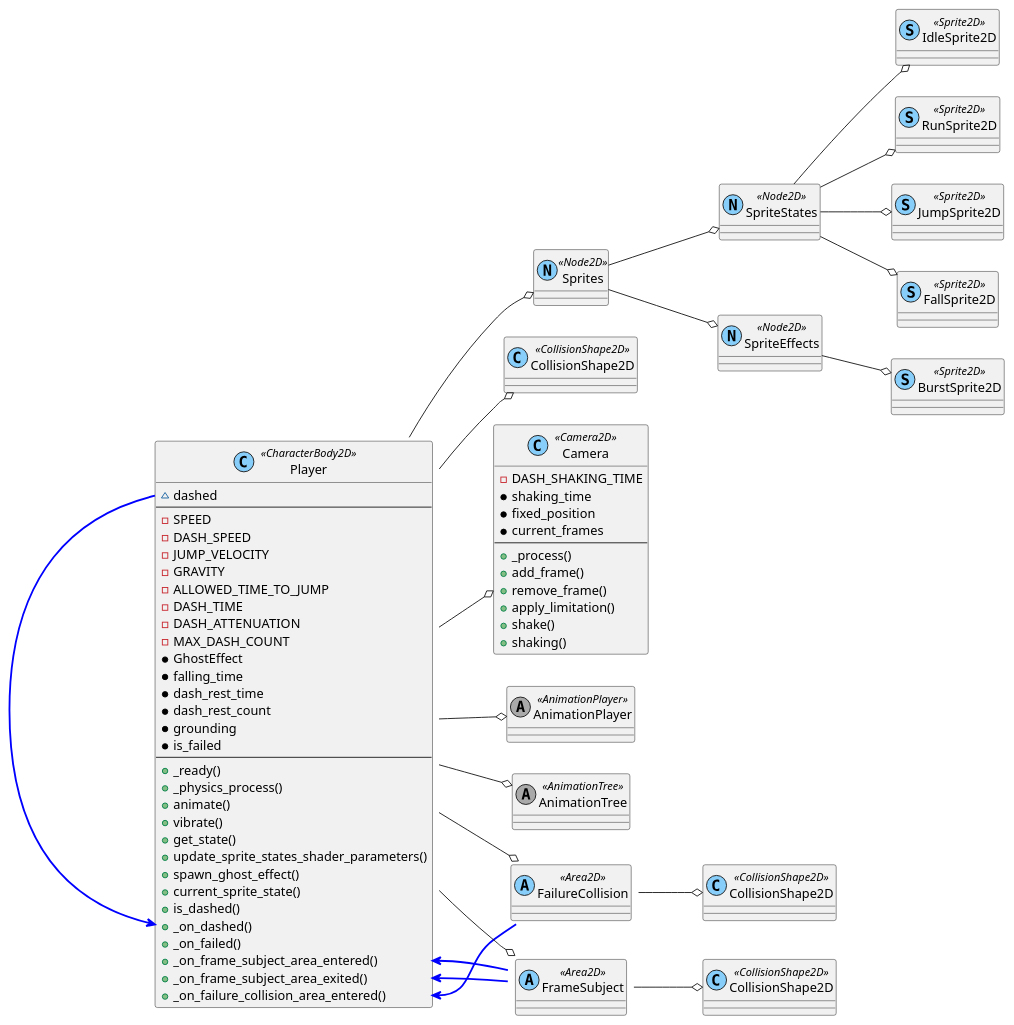
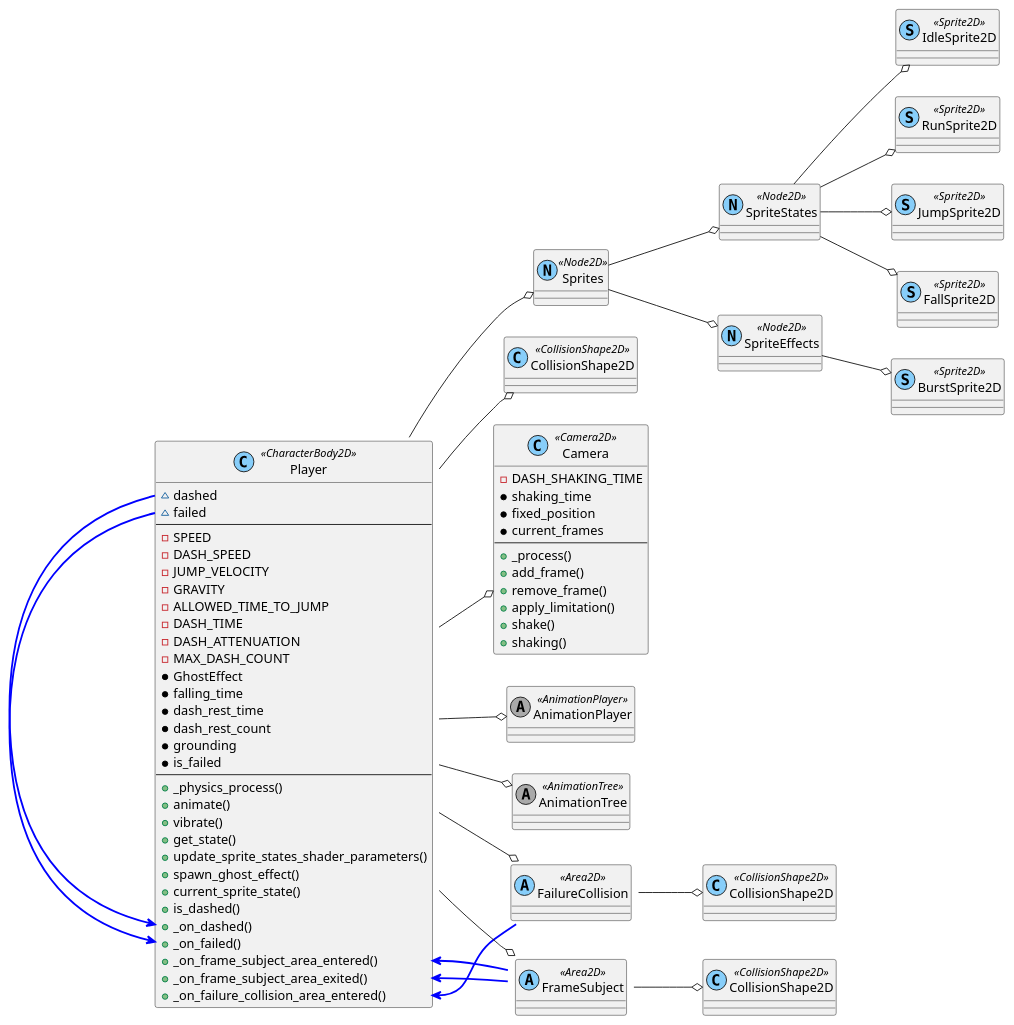
The diagram in content/scenes/src/player/player.tscn.adoc (tkmfujise/Platformer-Game-Learning), drawn with PlantUML before and after one commit. The commit also changed other lines of this file and 132 other files, not shown here.

```diff
--- a/content/scenes/src/player/player.tscn.adoc
+++ b/content/scenes/src/player/player.tscn.adoc
@@ -10,6 +10,7 @@
 ....
 class ROOT as "Player" <<(C,lightskyblue) CharacterBody2D>> {
   ~ dashed
+  ~ failed
 ---
   - SPEED
   - DASH_SPEED
@@ -26,7 +27,6 @@
   * grounding
   * is_failed
 ---
-  + _ready()
   + _physics_process()
   + animate()
   + vibrate()
@@ -102,6 +102,7 @@
 FrameSubject --o FrameSubject_CollisionShape2D
 left to right direction
 ROOT::_on_dashed <-[#blue,thickness=2]- ROOT::dashed
+ROOT::_on_failed <-[#blue,thickness=2]- ROOT::failed
 ROOT::_on_failure_collision_area_entered <-[#blue,thickness=2]- FailureCollision::area_entered
 ROOT::_on_frame_subject_area_entered <-[#blue,thickness=2]- FrameSubject::area_entered
 ROOT::_on_frame_subject_area_exited <-[#blue,thickness=2]- FrameSubject::area_exited
```
